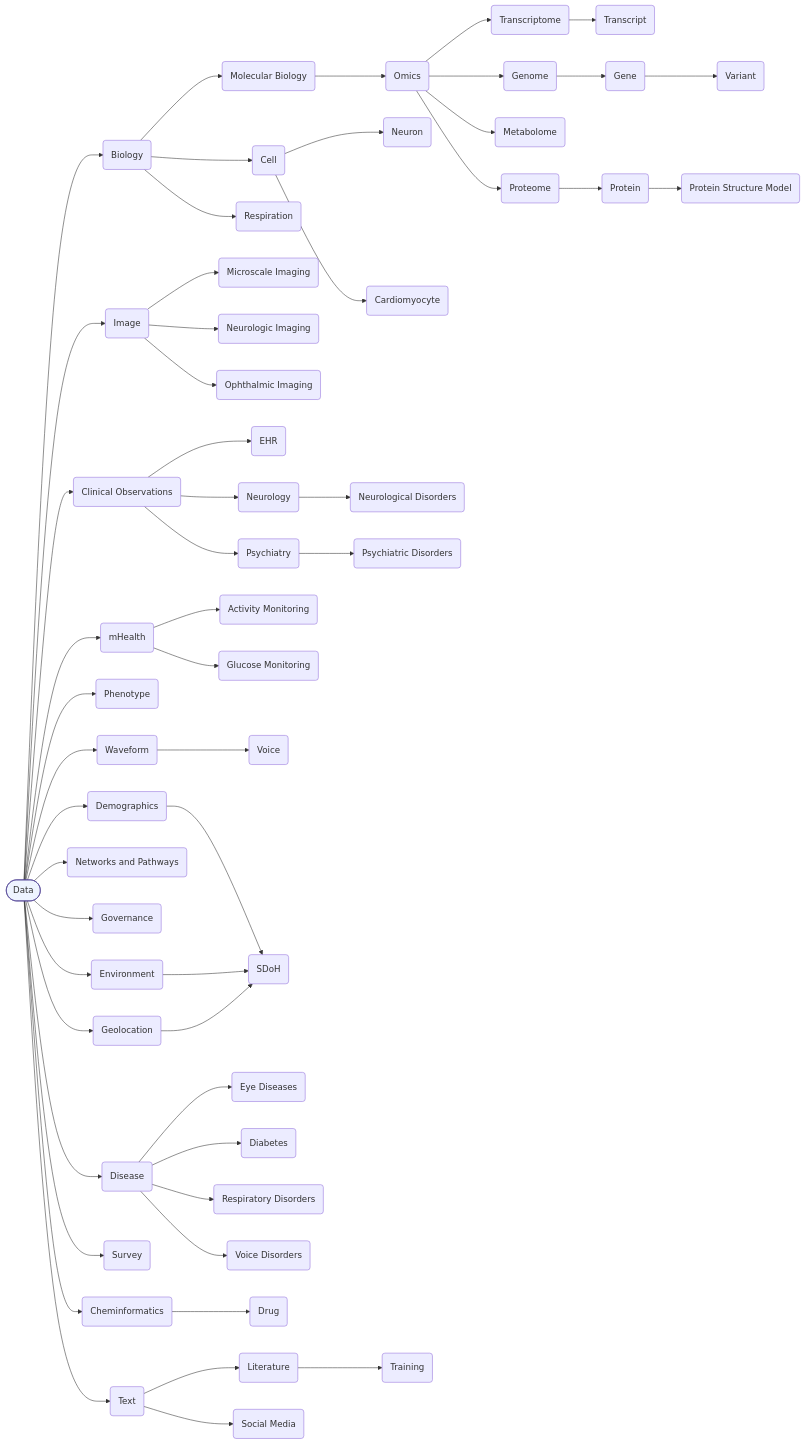
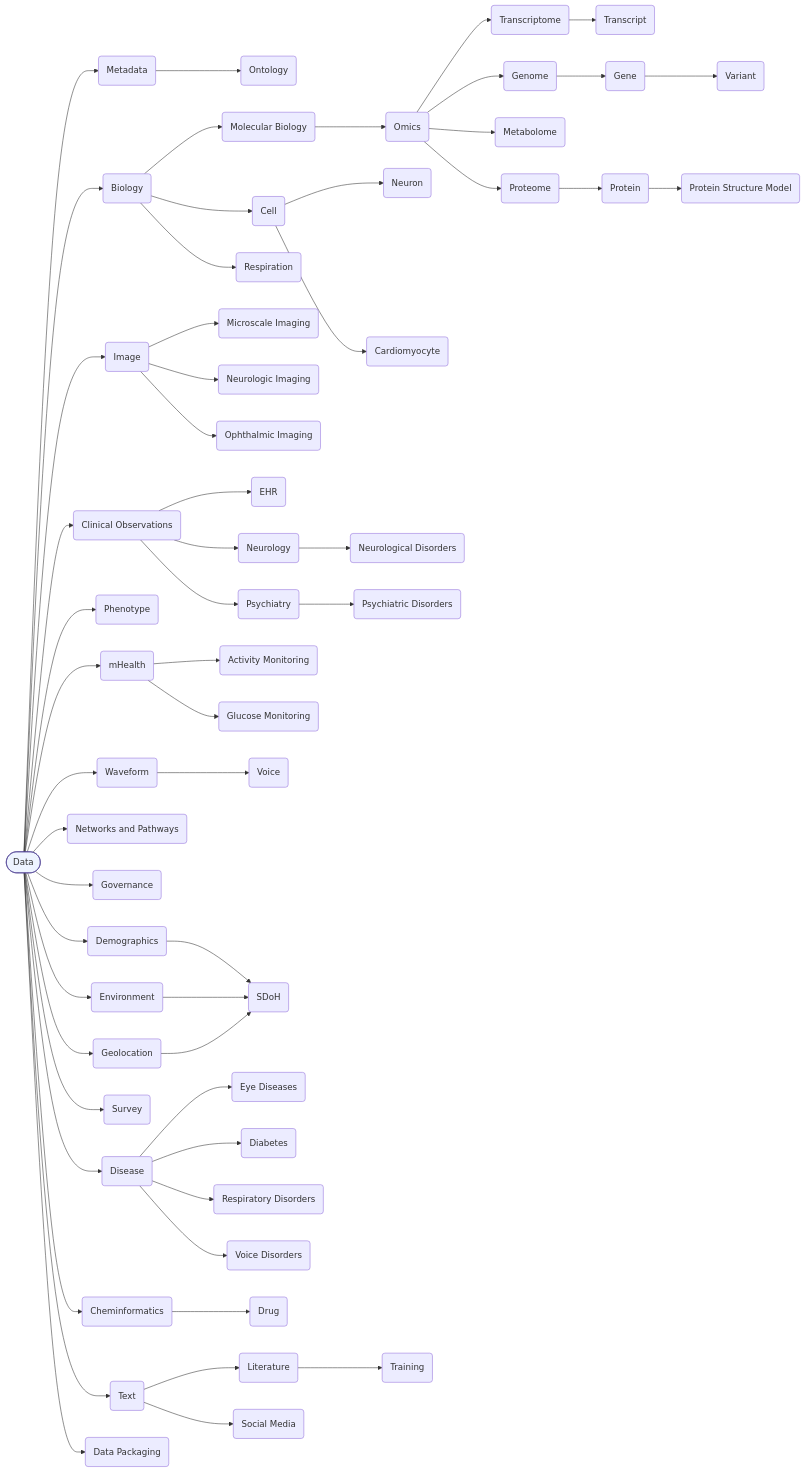
The diagram in docs/topics.md (bridge2ai/b2ai-standards-registry), drawn with Mermaid before and after one commit. The commit also changed 6 other files, not shown here.

```diff
--- a/docs/topics.md
+++ b/docs/topics.md
@@ -27,6 +27,9 @@
         DATA --> SURVEY(Survey)
         DATA --> ENV(Environment)
         DATA --> CHEM(Cheminformatics)
+        DATA --> METADATA(Metadata)
+        DATA --> DATAPKG("Data Packaging")
+        METADATA --> ONTOLOGY(Ontology)
 
         %% Molecular / omics branch
         BIO --> MOLBIO("Molecular Biology")
@@ -131,6 +134,9 @@
         click VOICEDIS "VoiceDisorders/" "Voice Disorders"
         click DRUG "Drug/" "Drug"
         click CHEM "Cheminformatics/" "Cheminformatics"
+        click METADATA "Metadata/" "Metadata"
+        click DATAPKG "DataPackaging/" "Data Packaging"
+        click ONTOLOGY "Ontology/" "Ontology"
         click SURVEY "Survey/" "Survey"
         click CELL "Cell/" "Cell"
         click NEURON "Neuron/" "Neuron"
```
